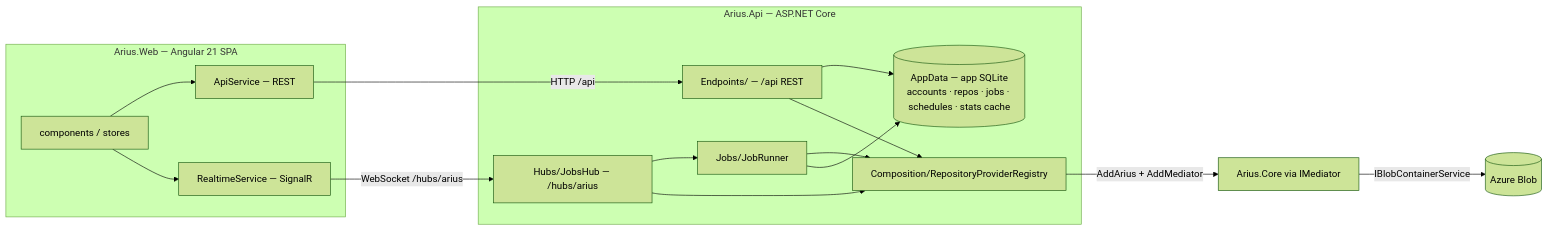
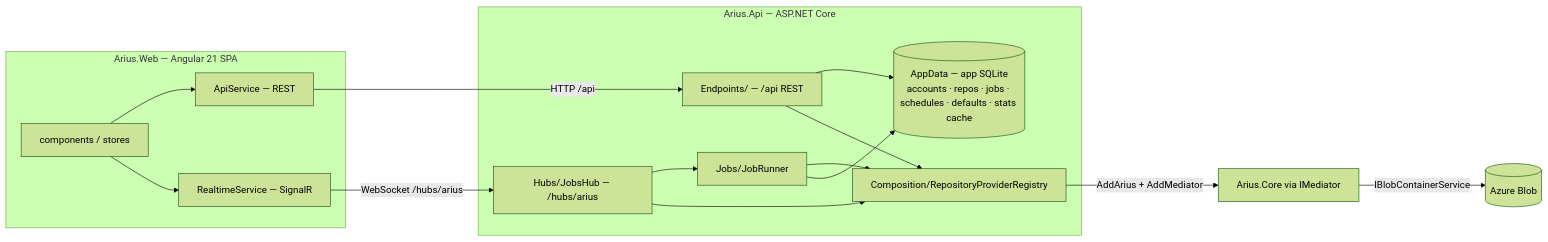
One commit to woutervanranst/Arius7 changed the first of 4 diagrams in docs/design/hosts/web.md. Above: the diagram before and after it, drawn with Mermaid (forest theme). The commit also changed other lines of this file and 5 other files, not shown here.

````diff
--- a/docs/design/hosts/web.md
+++ b/docs/design/hosts/web.md
@@ -15,27 +15,27 @@
 ```mermaid
 flowchart LR
     subgraph web[Arius.Web — Angular 21 SPA]
         spa[components / stores]
         api_c[ApiService — REST]
         rt_c[RealtimeService — SignalR]
         spa --> api_c
         spa --> rt_c
     end
     subgraph host[Arius.Api — ASP.NET Core]
         ep[Endpoints/ — /api REST]
         hub[Hubs/JobsHub — /hubs/arius]
         runner[Jobs/JobRunner]
         reg[Composition/RepositoryProviderRegistry]
-        appdb[(AppData — app SQLite<br/>accounts · repos · jobs · schedules · stats cache)]
+        appdb[(AppData — app SQLite<br/>accounts · repos · jobs · schedules · defaults · stats cache)]
     end
     api_c -->|HTTP /api| ep
     rt_c -->|WebSocket /hubs/arius| hub
     ep --> appdb
     ep --> reg
     hub --> runner
     hub --> reg
     runner --> reg
     runner --> appdb
     reg -->|AddArius + AddMediator| core[Arius.Core via IMediator]
     core -->|IBlobContainerService| azure[(Azure Blob)]
 ```
````
